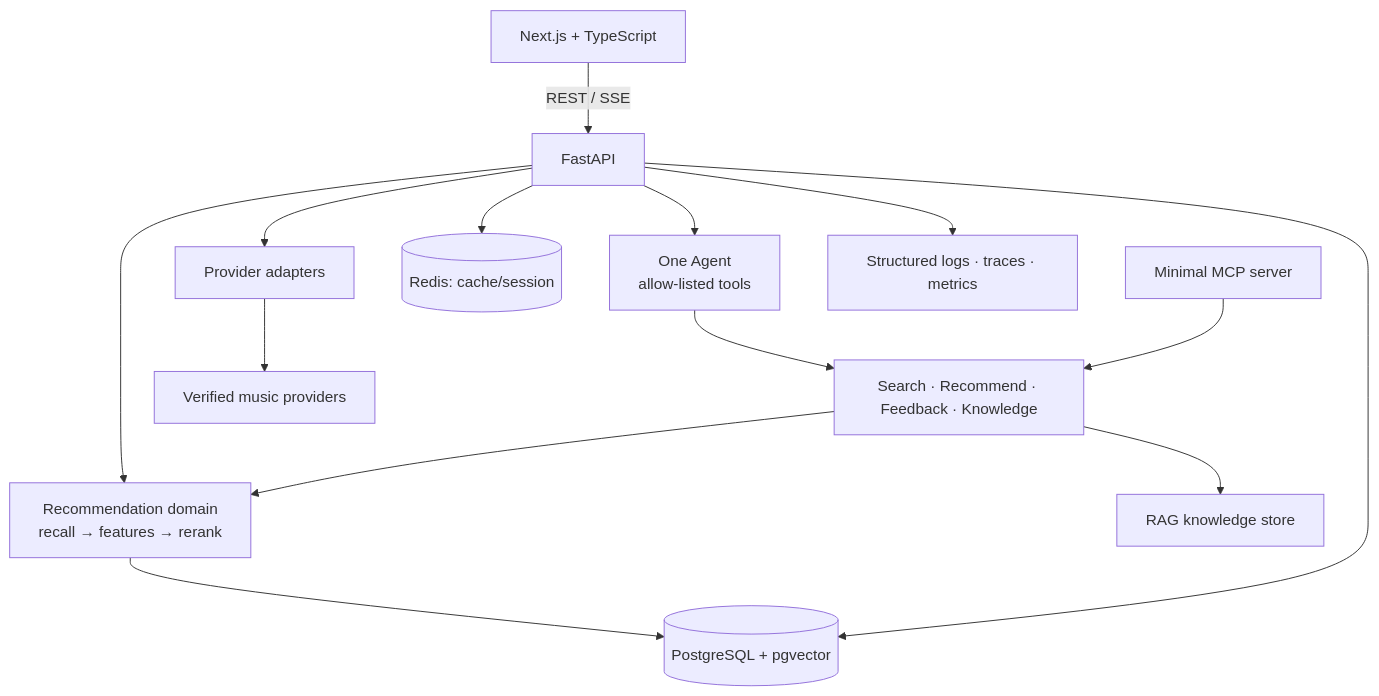
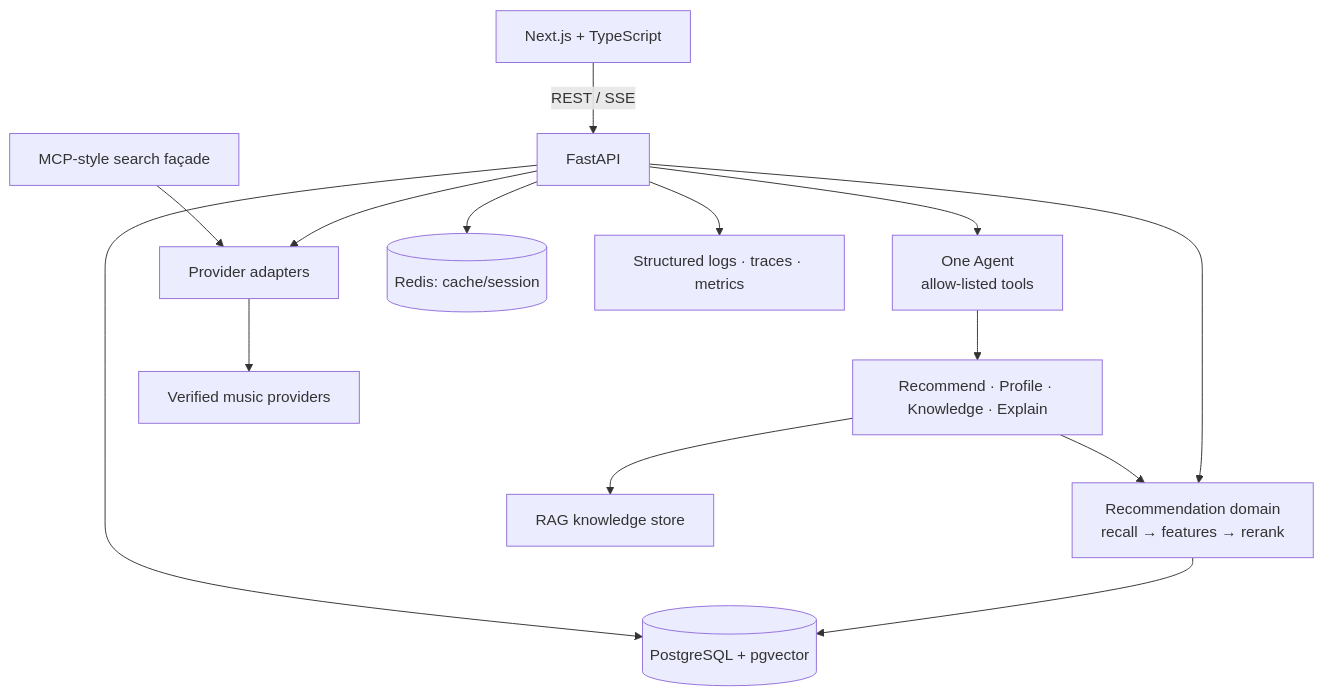
The second of 3 diagrams in ARCHITECTURE.md (jiangking22/music_recommendation_system), drawn with Mermaid before and after one commit. The commit also changed other lines of this file and 41 other files, not shown here.

````diff
--- a/ARCHITECTURE.md
+++ b/ARCHITECTURE.md
@@ -69,16 +69,16 @@
 ```mermaid
 flowchart TB
   Web[Next.js + TypeScript] -->|REST / SSE| API[FastAPI]
   API --> Rec[Recommendation domain\nrecall → features → rerank]
   API --> Agent[One Agent\nallow-listed tools]
   API --> Providers[Provider adapters]
   Rec --> PG[(PostgreSQL + pgvector)]
   API --> PG
   API --> Redis[(Redis: cache/session)]
-  Agent --> Tools[Search · Recommend · Feedback · Knowledge]
+  Agent --> Tools[Recommend · Profile · Knowledge · Explain]
   Tools --> Rec
   Tools --> Knowledge[RAG knowledge store]
-  MCP[Minimal MCP server] --> Tools
+  MCP[MCP-style search façade] --> Providers
   Providers --> Sources[Verified music providers]
   API --> Obs[Structured logs · traces · metrics]
 ```
````
